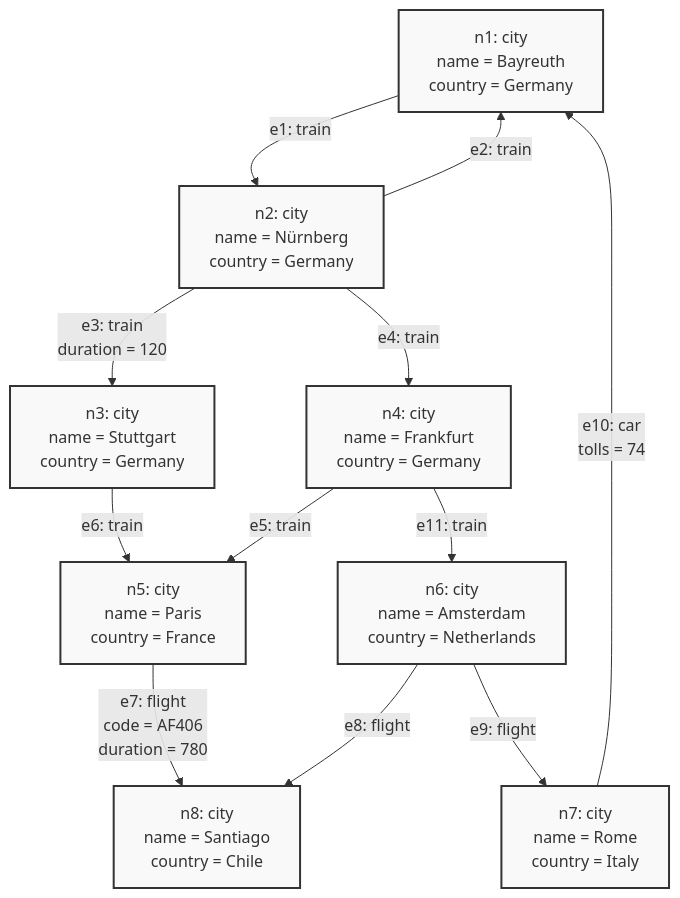
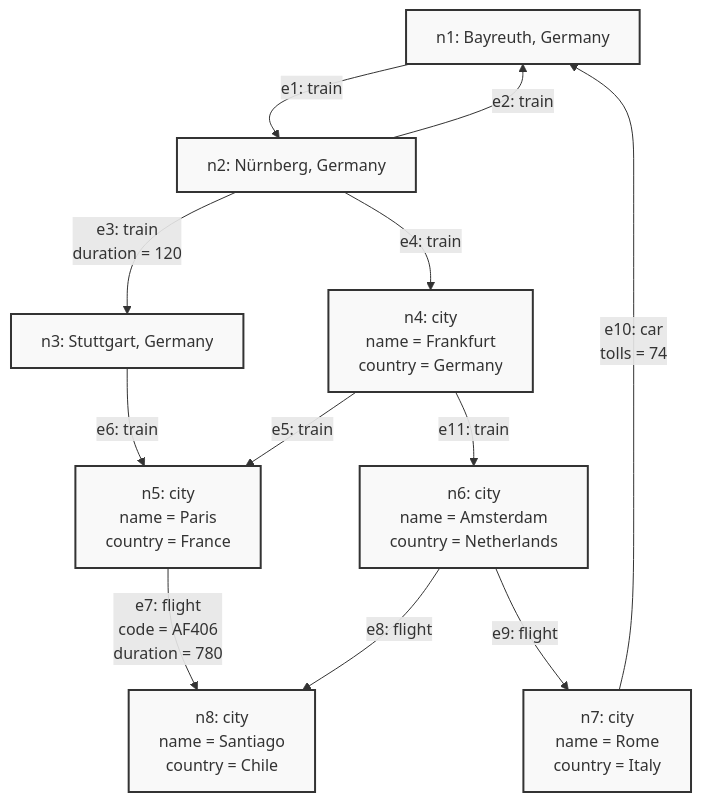
The diagram in docs/querying/for.mdx (saqib-ali/docs), drawn with Mermaid before and after one commit.

Commit message:
Documentation edits made through Mintlify web editor

````diff
--- a/docs/querying/for.mdx
+++ b/docs/querying/for.mdx
@@ -5,26 +5,26 @@
 ```mermaid
 graph TB
-    n1[n1: city<br/>name = Bayreuth<br/>country = Germany]
-    n2[n2: city<br/>name = Nürnberg<br/>country = Germany]
-    n3[n3: city<br/>name = Stuttgart<br/>country = Germany]
+    n1[n1: Bayreuth, Germany]
+    n2[n2: Nürnberg, Germany]
+    n3[n3: Stuttgart, Germany]
     n4[n4: city<br/>name = Frankfurt<br/>country = Germany]
     n5[n5: city<br/>name = Paris<br/>country = France]
     n6[n6: city<br/>name = Amsterdam<br/>country = Netherlands]
     n7[n7: city<br/>name = Rome<br/>country = Italy]
     n8[n8: city<br/>name = Santiago<br/>country = Chile]
     
     n1 -->|e1: train| n2
     n2 -->|e2: train| n1
     n2 -->|e3: train<br/>duration = 120| n3
     n2 -->|e4: train| n4
     n4 -->|e5: train| n5
     n3 -->|e6: train| n5
     n5 -->|e7: flight<br/>code = AF406<br/>duration = 780| n8
     n6 -->|e8: flight| n8
     n6 -->|e9: flight| n7
     n7 -->|e10: car<br/>tolls = 74| n1
     n4 -->|e11: train| n6
     
     classDef cityNode fill:#f9f9f9,stroke:#333,stroke-width:2px
     class n1,n2,n3,n4,n5,n6,n7,n8 cityNode
 ```
````
